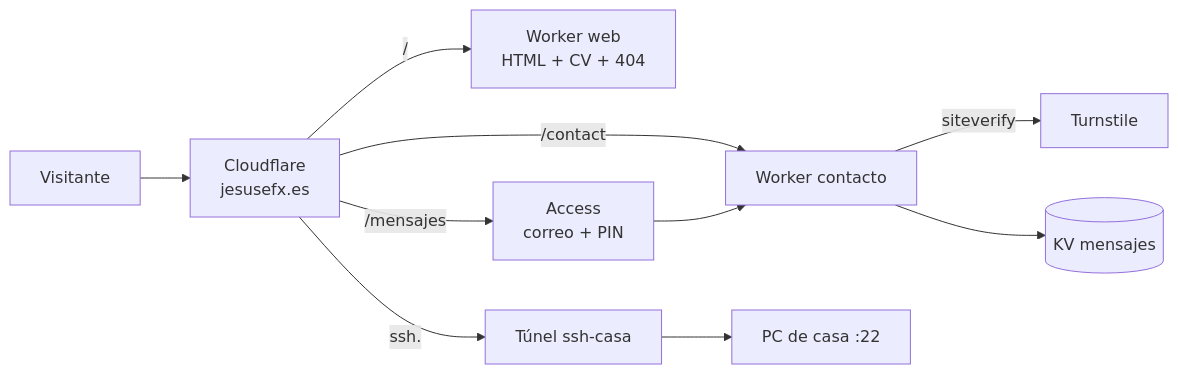
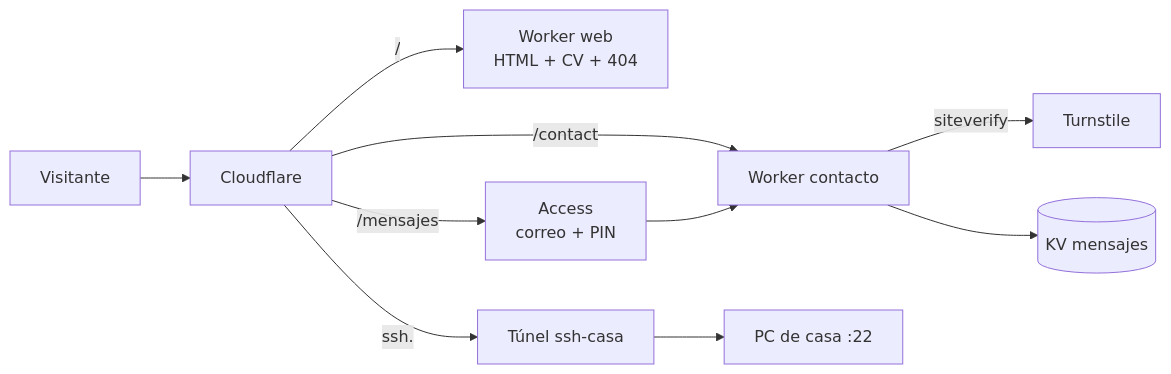
The diagram in README.md (myheroxd/jesusefx-web), drawn with Mermaid before and after one commit. The commit also changed other lines of this file and 3 other files, not shown here.

````diff
--- a/README.md
+++ b/README.md
@@ -23,11 +23,11 @@
 ```mermaid
 graph LR
-  U[Visitante] --> CF[Cloudflare<br/>jesusefx.es]
+  U[Visitante] --> CF[Cloudflare<br/><dominio>]
   CF -->|"/"| W[Worker web<br/>HTML + CV + 404]
   CF -->|"/contact"| C[Worker contacto]
   C -->|"siteverify"| T[Turnstile]
   C --> KV[(KV mensajes)]
   CF -->|"/mensajes"| A[Access<br/>correo + PIN]
   A --> C
   CF -->|"ssh."| TUN[Túnel ssh-casa] --> PC[PC de casa :22]
 ```
````
